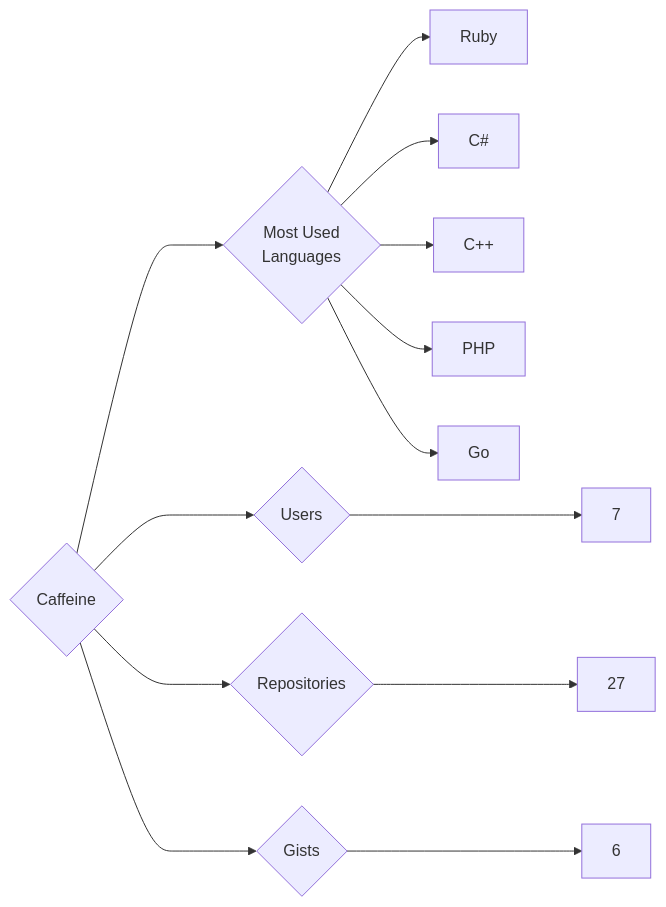
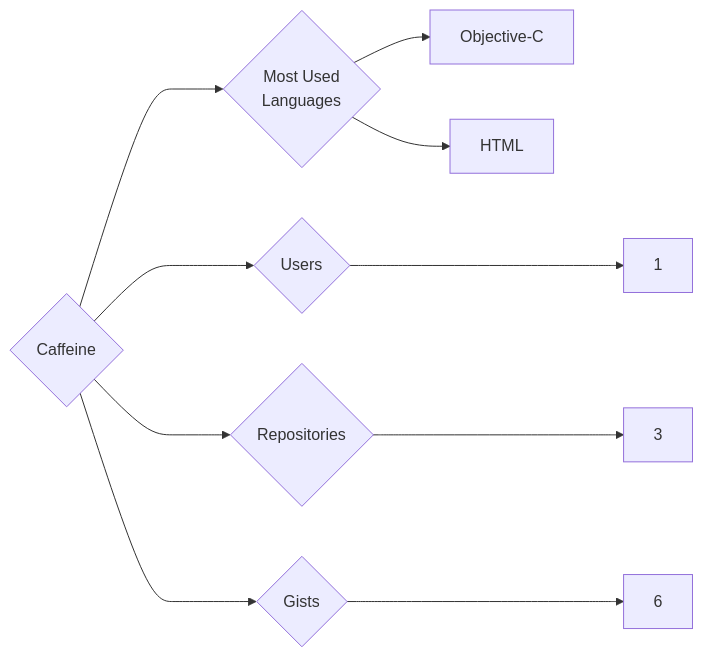
One commit to trickest/insiders changed the diagram in targets/Caffeine/README.md. Above: the diagram before and after it, drawn with Mermaid. The commit also changed 724 other files, not shown here.

````diff
--- a/targets/Caffeine/README.md
+++ b/targets/Caffeine/README.md
@@ -3,13 +3,10 @@
 ```mermaid
 graph LR
 COMPANY_NAME{Caffeine}
-COMPANY_NAME ---> U{Users} ---> UN[7]
-COMPANY_NAME ---> R{Repositories} ---> RN[27]
+COMPANY_NAME ---> U{Users} ---> UN[1]
+COMPANY_NAME ---> R{Repositories} ---> RN[3]
 COMPANY_NAME ---> G{Gists} ---> GN[6]
 COMPANY_NAME ---> ML{Most Used<br>Languages}
-ML --> Ruby[Ruby]
-ML --> C#[C#]
-ML --> C++[C++]
-ML --> PHP[PHP]
-ML --> Go[Go]
+ML --> Objective-C[Objective-C]
+ML --> HTML[HTML]
 ```
````
